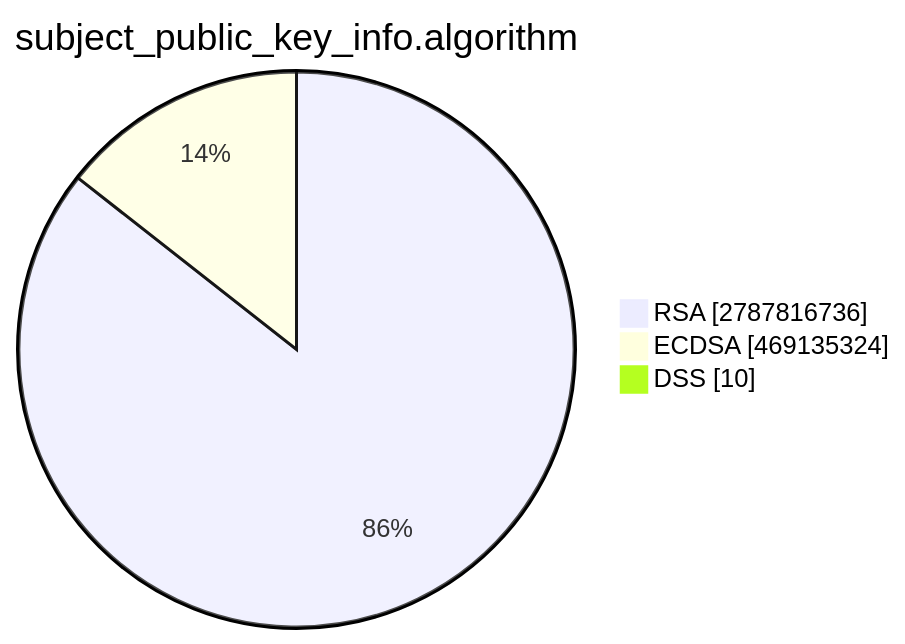
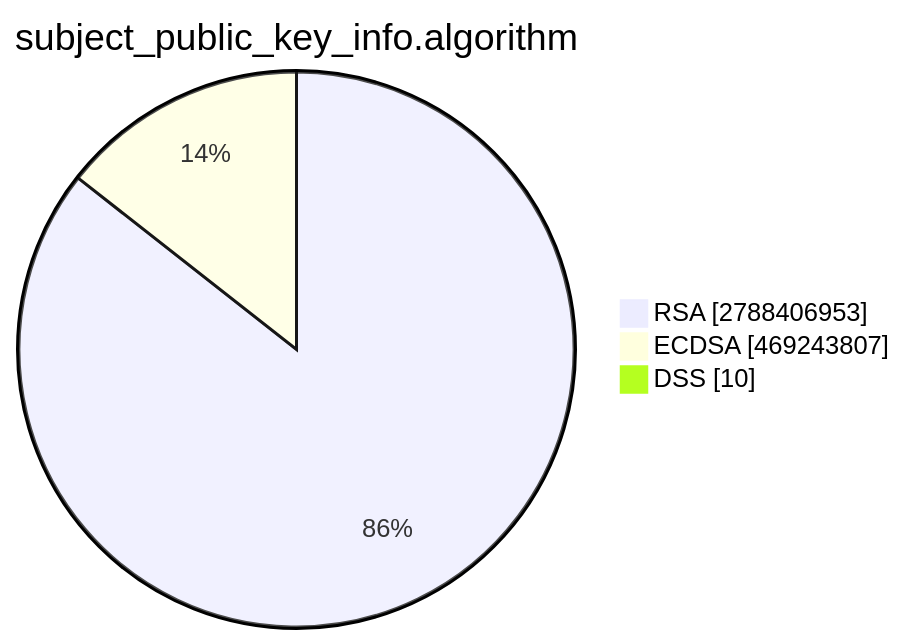
Before and after one commit to christiankrug/ctmonitor_visualization: the second of 15 diagrams in TOTAL/README.md, drawn with Mermaid. The commit also changed other lines of this file, not shown here.

````diff
--- a/TOTAL/README.md
+++ b/TOTAL/README.md
@@ -6,7 +6,7 @@
 ```mermaid
 pie showData
 title subject_public_key_info.algorithm
-"RSA" :2787816736
-"ECDSA" :469135324
+"RSA" :2788406953
+"ECDSA" :469243807
 "DSS" :10
 ```
````
